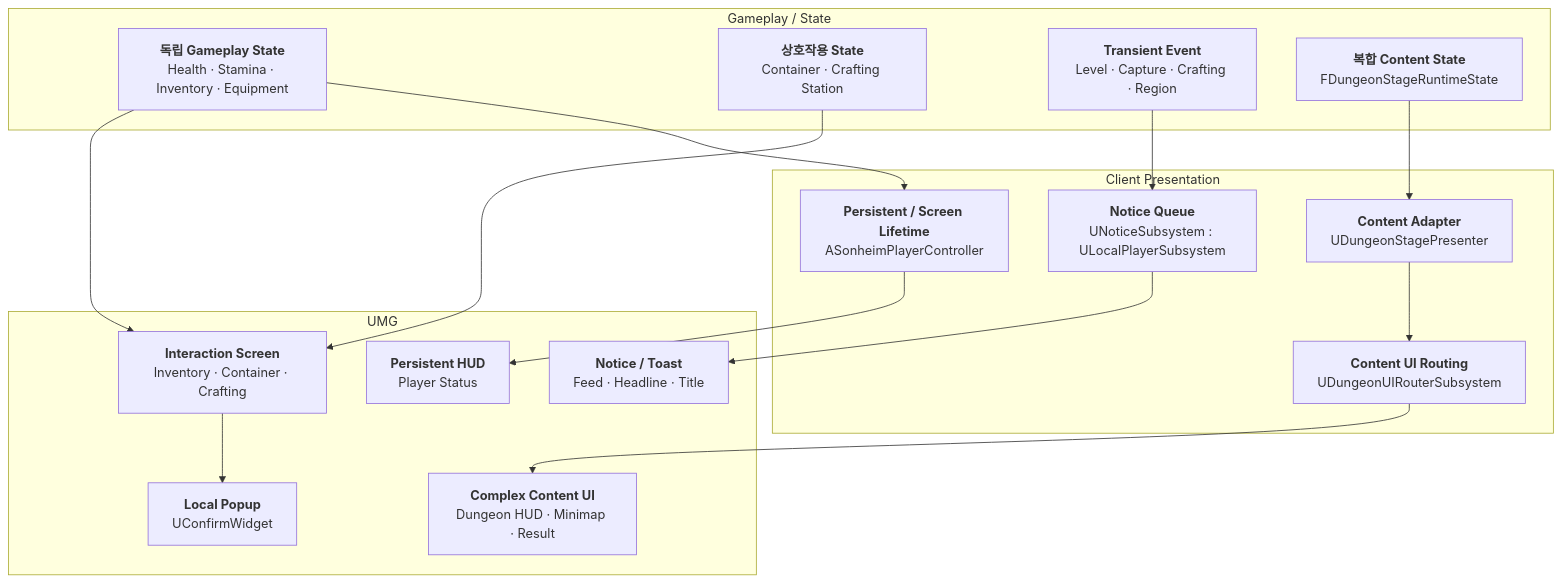
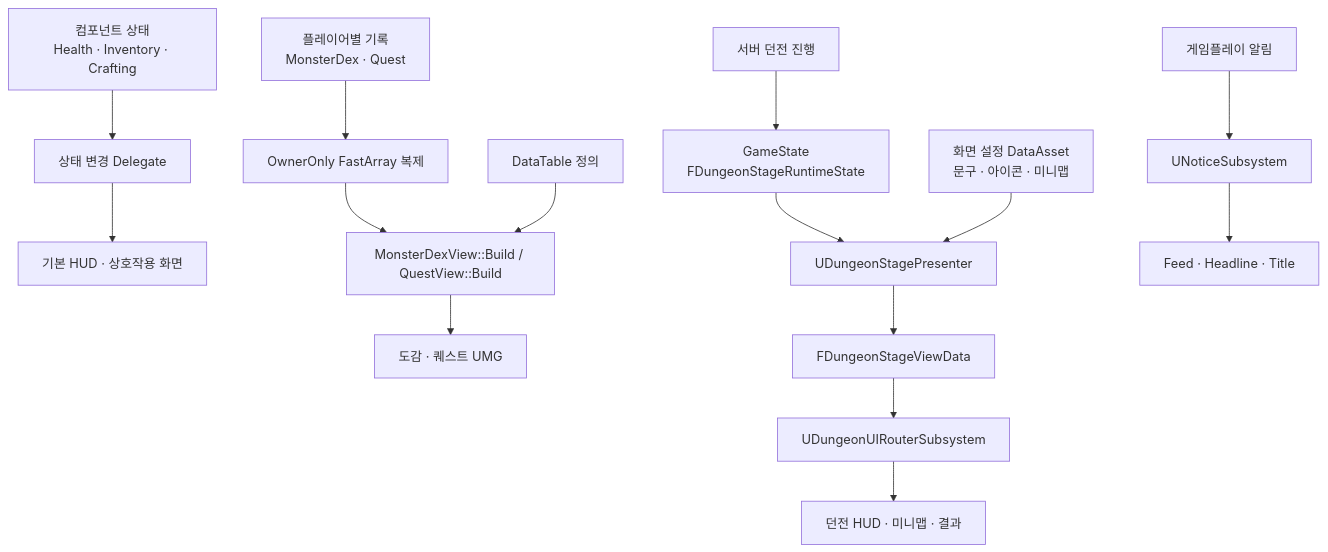
The first of 4 diagrams in Doc/Wiki/11_Client_State_Presentation_Pipeline.md (chungheonLee0325/Sonheim), drawn with Mermaid before and after one commit. The commit also changed other lines of this file, not shown here.

Commit message:
docs: align UI architecture with state flows, screen stack and dungeon presenter

```diff
--- a/Doc/Wiki/11_Client_State_Presentation_Pipeline.md
+++ b/Doc/Wiki/11_Client_State_Presentation_Pipeline.md
@@ -41,31 +33,20 @@
 ~~~mermaid
 flowchart TB
-    subgraph SOURCE["Gameplay / State"]
-        COMP["<b>독립 Gameplay State</b><br/>Health · Stamina · Inventory · Equipment"]
-        WORLD["<b>상호작용 State</b><br/>Container · Crafting Station"]
-        EVENT["<b>Transient Event</b><br/>Level · Capture · Crafting · Region"]
-        SNAP["<b>복합 Content State</b><br/>FDungeonStageRuntimeState"]
-    end
+    COMPONENT["컴포넌트 상태<br/>Health · Inventory · Crafting"] --> CHANGE["상태 변경 Delegate"]
+    CHANGE --> BASIC["기본 HUD · 상호작용 화면"]
 
-    subgraph PRESENT["Client Presentation"]
-        CTRL["<b>Persistent / Screen Lifetime</b><br/>ASonheimPlayerController"]
-        NOTICE["<b>Notice Queue</b><br/>UNoticeSubsystem : ULocalPlayerSubsystem"]
-        PRESENTER["<b>Content Adapter</b><br/>UDungeonStagePresenter"]
-        ROUTER["<b>Content UI Routing</b><br/>UDungeonUIRouterSubsystem"]
-    end
+    RECORD["플레이어별 기록<br/>MonsterDex · Quest"] --> FAST["OwnerOnly FastArray 복제"]
+    FAST --> BUILD["MonsterDexView::Build / QuestView::Build"]
+    DEF["DataTable 정의"] --> BUILD
+    BUILD --> SCREEN["도감 · 퀘스트 UMG"]
 
-    subgraph UMG["UMG"]
-        HUD["<b>Persistent HUD</b><br/>Player Status"]
-        SCREEN["<b>Interaction Screen</b><br/>Inventory · Container · Crafting"]
-        POPUP["<b>Local Popup</b><br/>UConfirmWidget"]
-        TOAST["<b>Notice / Toast</b><br/>Feed · Headline · Title"]
-        CONTENT["<b>Complex Content UI</b><br/>Dungeon HUD · Minimap · Result"]
-    end
+    DUNGEON["서버 던전 진행"] --> SNAP["GameState<br/>FDungeonStageRuntimeState"]
+    SNAP --> PRESENTER["UDungeonStagePresenter"]
+    PRESENT["화면 설정 DataAsset<br/>문구 · 아이콘 · 미니맵"] --> PRESENTER
+    PRESENTER --> VIEW["FDungeonStageViewData"]
+    VIEW --> ROUTER["UDungeonUIRouterSubsystem"]
+    ROUTER --> DUNGEONUI["던전 HUD · 미니맵 · 결과"]
 
-    COMP --> CTRL --> HUD
-    COMP --> SCREEN
-    WORLD --> SCREEN
-    SCREEN --> POPUP
-    EVENT --> NOTICE --> TOAST
-    SNAP --> PRESENTER --> ROUTER --> CONTENT
+    EVENT["게임플레이 알림"] --> NOTICE["UNoticeSubsystem"]
+    NOTICE --> TOAST["Feed · Headline · Title"]
 ~~~
```
